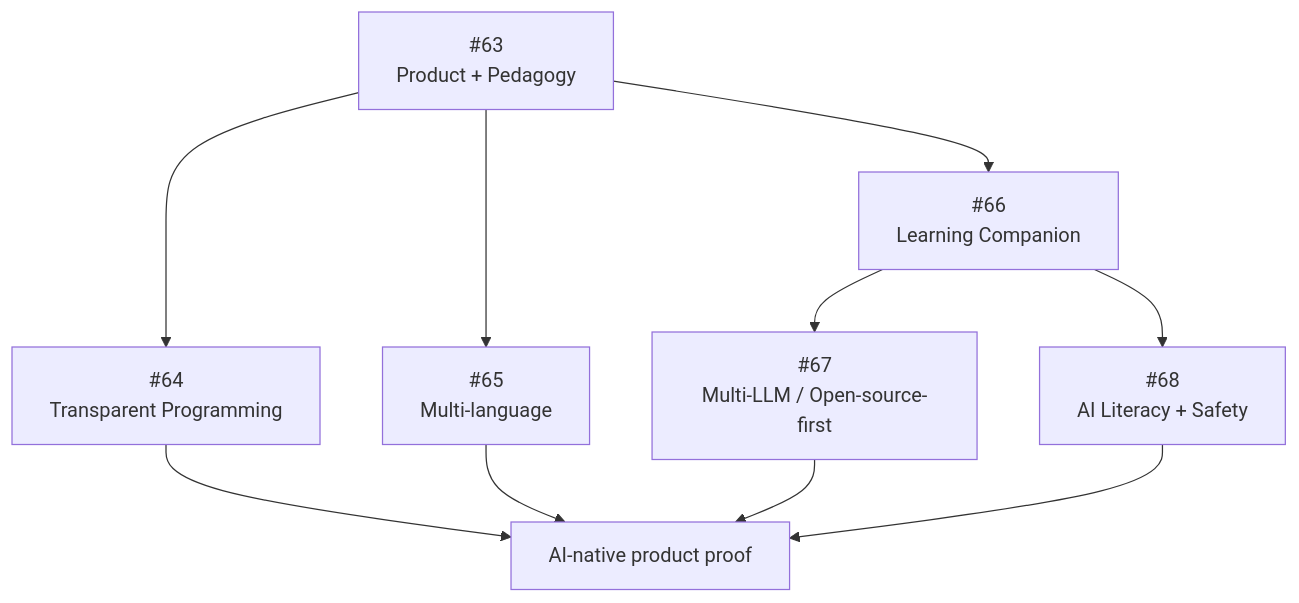
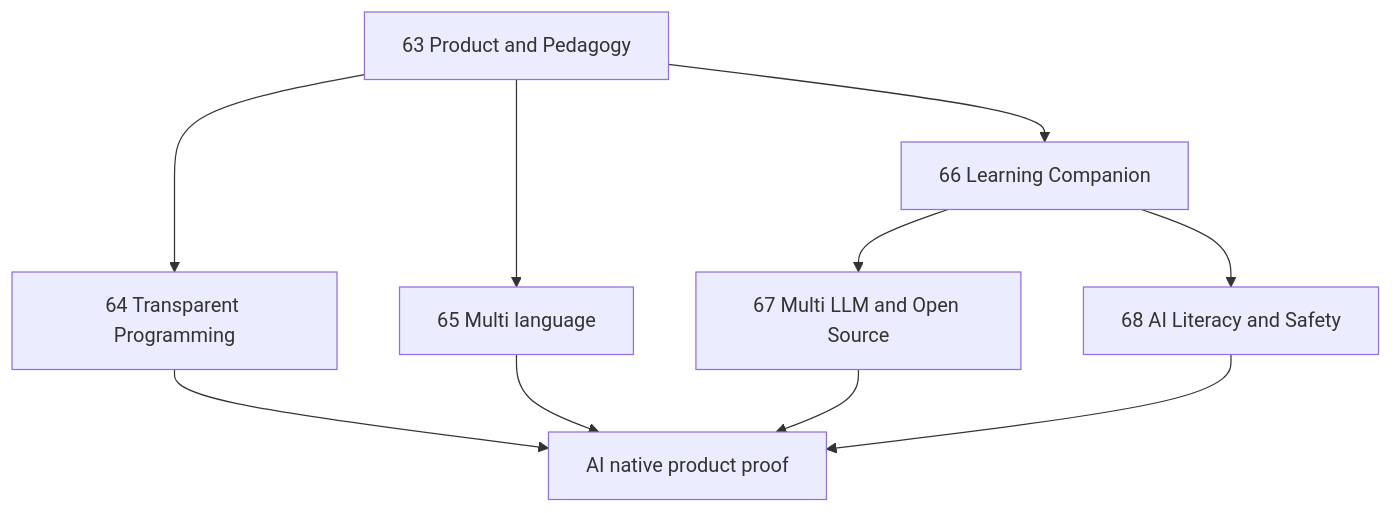
One commit to Modern-Ash/agorix changed diagram 14 of 16 in README.md. Above: the diagram before and after it, drawn with Mermaid. The commit also changed other lines of this file, not shown here.

Commit message:
docs: make Mermaid diagrams GitHub-safe

````diff
--- a/README.md
+++ b/README.md
@@ -646,14 +606,12 @@
 ```mermaid
 flowchart TD
-    E63["#63<br/>Product + Pedagogy"] --> E64["#64<br/>Transparent Programming"]
-    E63 --> E65["#65<br/>Multi-language"]
-    E63 --> E66["#66<br/>Learning Companion"]
-
-    E66 --> E67["#67<br/>Multi-LLM / Open-source-first"]
-    E66 --> E68["#68<br/>AI Literacy + Safety"]
-
-    E64 --> PROOF["AI-native product proof"]
+    E63[63 Product and Pedagogy] --> E64[64 Transparent Programming]
+    E63 --> E65[65 Multi language]
+    E63 --> E66[66 Learning Companion]
+    E66 --> E67[67 Multi LLM and Open Source]
+    E66 --> E68[68 AI Literacy and Safety]
+    E64 --> PROOF[AI native product proof]
     E65 --> PROOF
     E67 --> PROOF
     E68 --> PROOF
 ```
````
